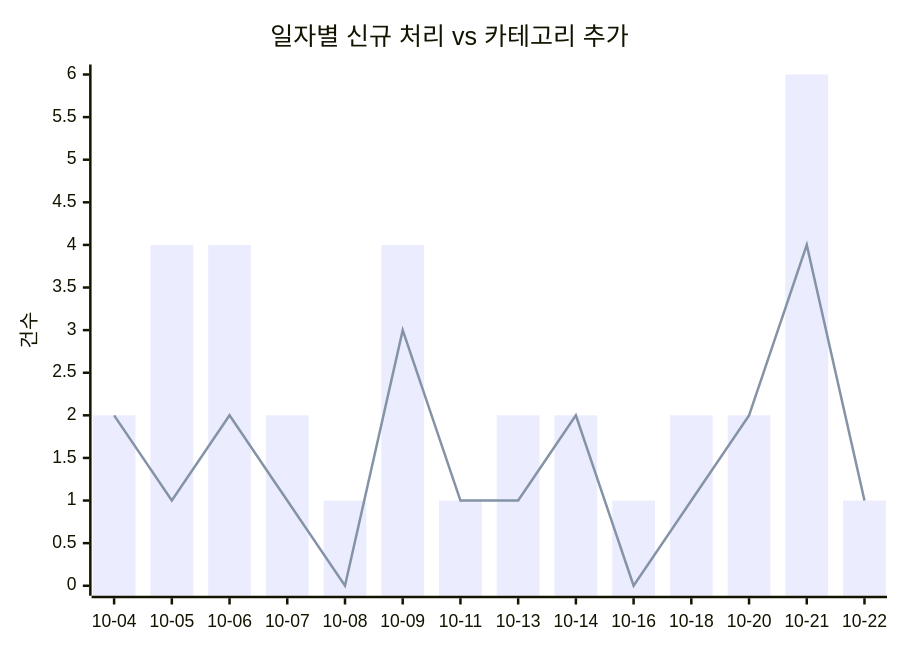
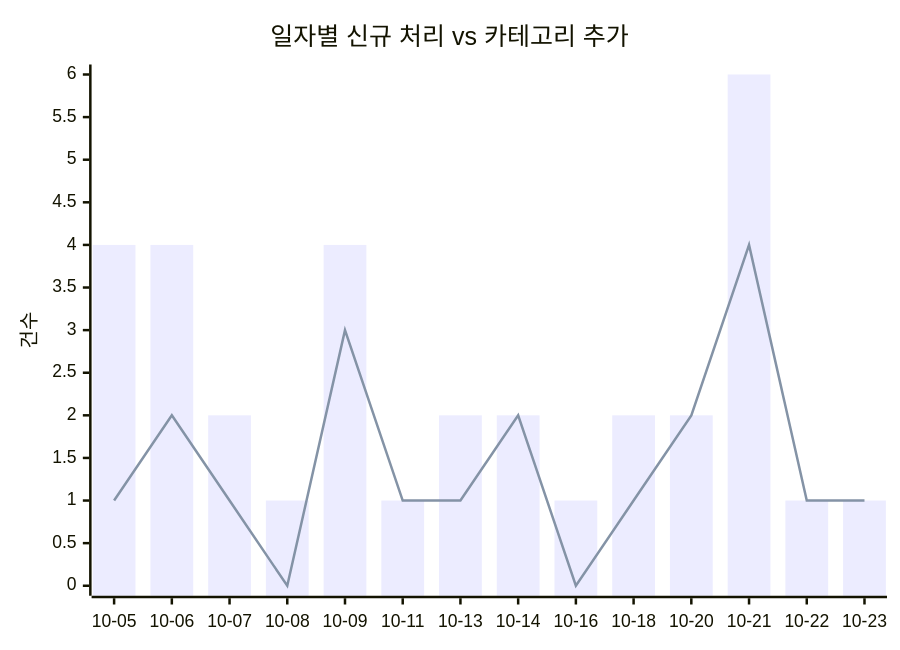
Before and after one commit to J-nowcow/awesome-korean-agent-skills: the first of 2 diagrams in docs/trends.md, drawn with Mermaid. The commit also changed other lines of this file and 3 other files, not shown here.

````diff
--- a/docs/trends.md
+++ b/docs/trends.md
@@ -32,8 +32,8 @@
 ```mermaid
 xychart-beta
     title "일자별 신규 처리 vs 카테고리 추가"
-    x-axis ["10-04","10-05","10-06","10-07","10-08","10-09","10-11","10-13","10-14","10-16","10-18","10-20","10-21","10-22"]
+    x-axis ["10-05","10-06","10-07","10-08","10-09","10-11","10-13","10-14","10-16","10-18","10-20","10-21","10-22","10-23"]
     y-axis "건수"
-    bar [2,4,4,2,1,4,1,2,2,1,2,2,6,1]
-    line [2,1,2,1,0,3,1,1,2,0,1,2,4,1]
+    bar [4,4,2,1,4,1,2,2,1,2,2,6,1,1]
+    line [1,2,1,0,3,1,1,2,0,1,2,4,1,1]
 ```
````
